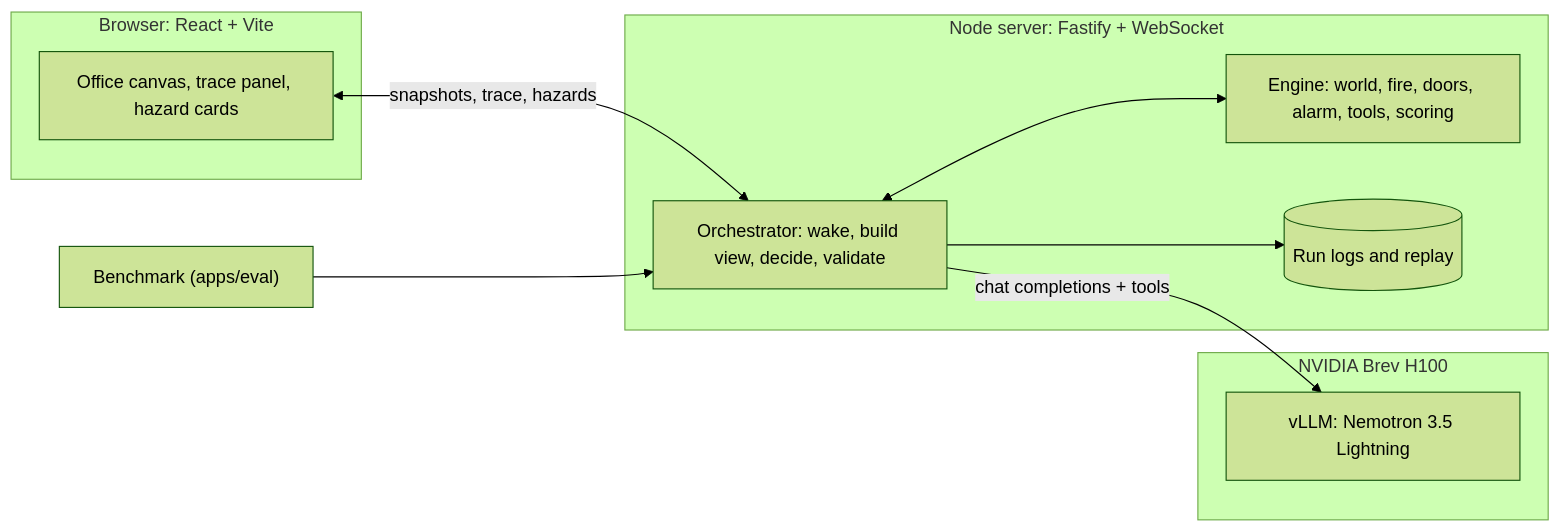
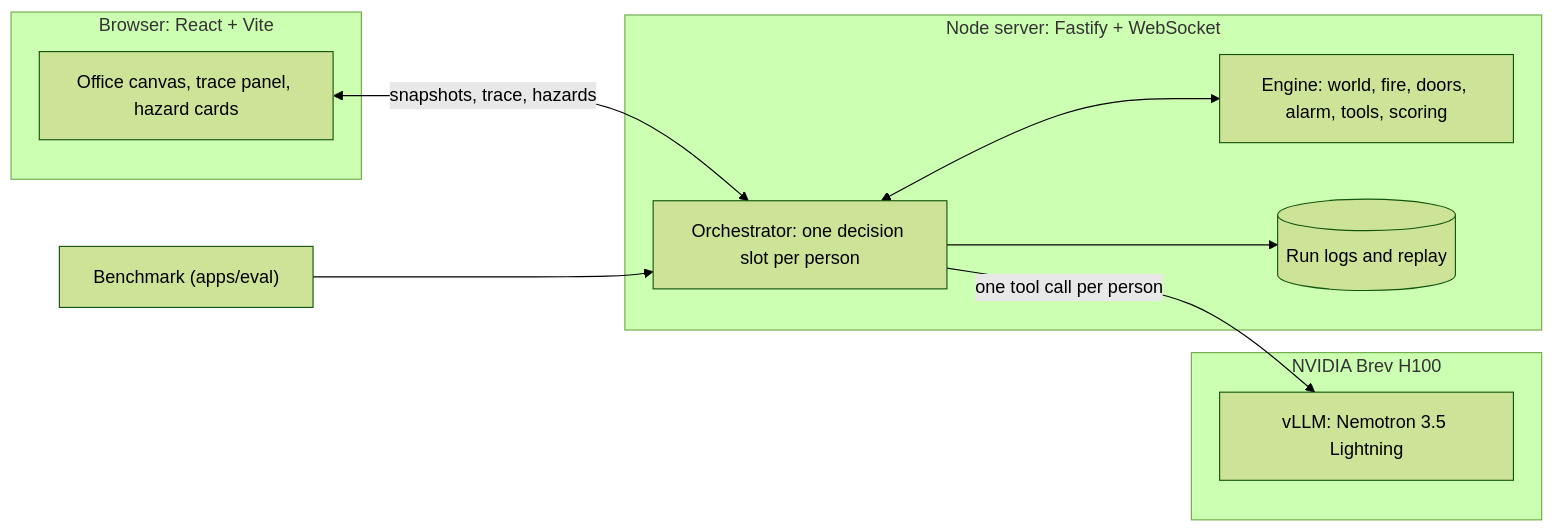
One commit to RameezMilk/escape-redhat changed the diagram in README.md. Above: the diagram before and after it, drawn with Mermaid (forest theme). The commit also changed other lines of this file and 4 other files, not shown here.

````diff
--- a/README.md
+++ b/README.md
@@ -80,19 +80,19 @@
 ```mermaid
 flowchart LR
   subgraph Browser["Browser: React + Vite"]
     UI["Office canvas, trace panel, hazard cards"]
   end
   subgraph Server["Node server: Fastify + WebSocket"]
-    O["Orchestrator: wake, build view, decide, validate"]
+    O["Orchestrator: one decision slot per person"]
     E["Engine: world, fire, doors, alarm, tools, scoring"]
     L[("Run logs and replay")]
   end
   subgraph GPU["NVIDIA Brev H100"]
     M["vLLM: Nemotron 3.5 Lightning"]
   end
   UI <-->|"snapshots, trace, hazards"| O
   O <--> E
-  O -->|"chat completions + tools"| M
+  O -->|"one tool call per person"| M
   O --> L
   B["Benchmark (apps/eval)"] --> O
 ```
````
